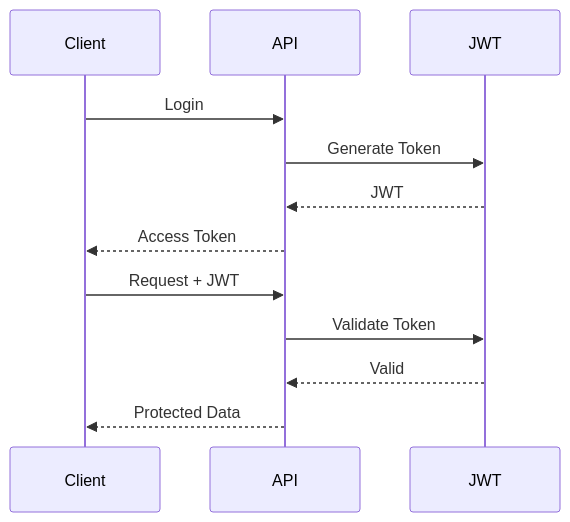
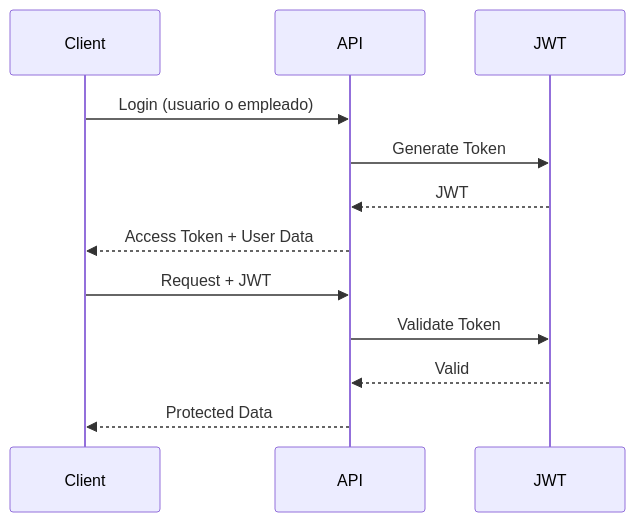
One commit to Projecto-Cine/BackendCine changed the third of 4 diagrams in README.md. Above: the diagram before and after it, drawn with Mermaid. The commit also changed other lines of this file, not shown here.

Commit message:
docs: update README with all API features (Stripe, PDF tickets, temp seat reservation, employee login, etc.)

````diff
--- a/README.md
+++ b/README.md
@@ -258,17 +219,17 @@
 ```mermaid
 sequenceDiagram
 
 participant Client
 participant API
 participant JWT
 
-Client->>API: Login
+Client->>API: Login (usuario o empleado)
 API->>JWT: Generate Token
 JWT-->>API: JWT
-API-->>Client: Access Token
+API-->>Client: Access Token + User Data
 
 Client->>API: Request + JWT
 API->>JWT: Validate Token
 JWT-->>API: Valid
 API-->>Client: Protected Data
 ```
````
